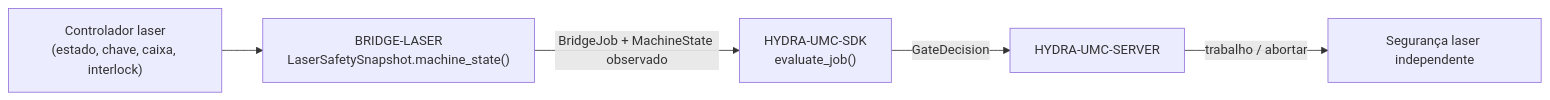
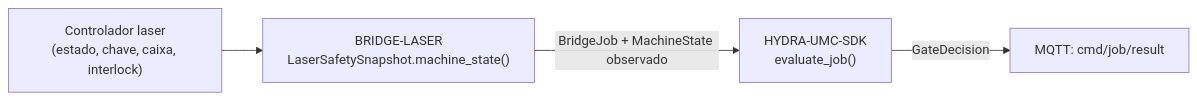
One commit to JuanenRac/HYDRA-UMC-BRIDGE-LASER changed the diagram in README_por.md. Above: the diagram before and after it, drawn with Mermaid. The commit also changed other lines of this file and 26 other files, not shown here.

````diff
--- a/README_por.md
+++ b/README_por.md
@@ -48,7 +49,6 @@
 ```mermaid
 flowchart LR
     LASER["Controlador laser<br/>(estado, chave, caixa, interlock)"] --> BRIDGE["BRIDGE-LASER<br/>LaserSafetySnapshot.machine_state()"]
     BRIDGE -- "BridgeJob + MachineState observado" --> SDK["HYDRA-UMC-SDK<br/>evaluate_job()"]
-    SDK -- GateDecision --> SERVER["HYDRA-UMC-SERVER"]
-    SERVER -- "trabalho / abortar" --> SAFETY["Segurança laser independente"]
+    SDK -- GateDecision --> RESULT["MQTT: cmd/job/result"]
 ```
````
